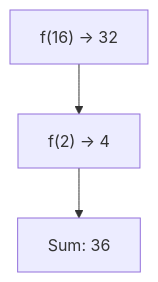
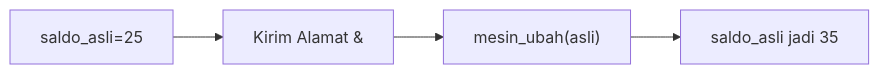
Before and after one commit to amnahwaida/OSNK_INF_PREP: the fourth of 25 diagrams in part-c-pemahaman-cpp/04-fungsi/latihan/set-09.md, drawn with Mermaid. The commit also changed other lines of this file and 71 other files, not shown here.

````diff
--- a/part-c-pemahaman-cpp/04-fungsi/latihan/set-09.md
+++ b/part-c-pemahaman-cpp/04-fungsi/latihan/set-09.md
@@ -100,5 +105,6 @@
 ```mermaid
-graph TD
-A["f(16) -> 32"] --> B["f(2) -> 4"]
-B --> C["Sum: 36"]
+graph LR
+A["saldo_asli=25"] --> B["Kirim Alamat &"]
+B --> C["mesin_ubah(asli)"]
+C --> D["saldo_asli jadi 35"]
 ```
````
